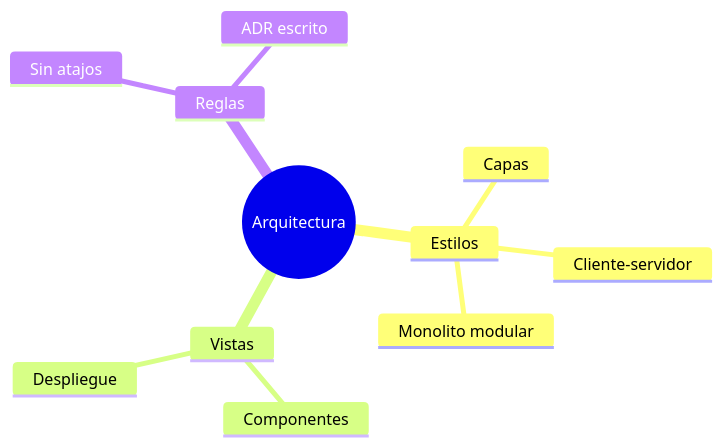
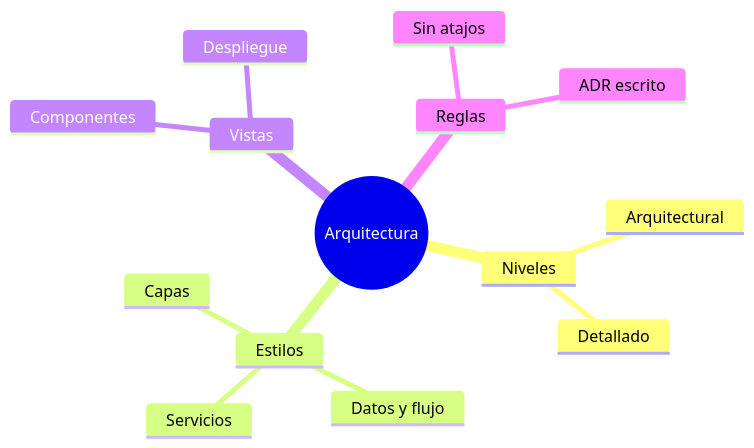
Before and after one commit to Fsteven22/Notas-de-Universidad-Freddy-Sanchez-: the third of 3 diagrams in Universidad/3er Semestre/Diseño de Software/Unidad 2 - Diseño orientado a objetos/01 - Diseño arquitectónico y estilos.md, drawn with Mermaid. The commit also changed other lines of this file and 40 other files, not shown here.

````diff
--- a/Universidad/3er Semestre/Diseño de Software/Unidad 2 - Diseño orientado a objetos/01 - Diseño arquitectónico y estilos.md
+++ b/Universidad/3er Semestre/Diseño de Software/Unidad 2 - Diseño orientado a objetos/01 - Diseño arquitectónico y estilos.md
@@ -119,14 +260,17 @@
 ```mermaid
 mindmap
-  root((Arquitectura))
+  root(("Arquitectura"))
+    Niveles
+      Arquitectural
+      Detallado
     Estilos
       Capas
-      Cliente-servidor
-      Monolito modular
+      Datos y flujo
+      Servicios
     Vistas
       Componentes
       Despliegue
     Reglas
       Sin atajos
       ADR escrito
 ```
````
